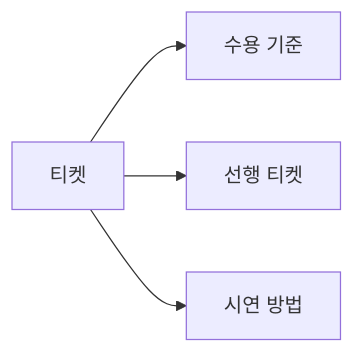
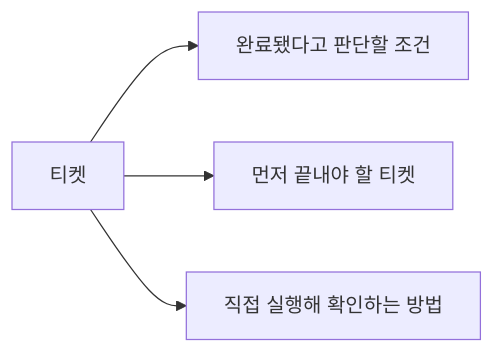
The tenth of 16 diagrams in README.md (jhs512/matt-user-guide), drawn with Mermaid before and after one commit. The commit also changed other lines of this file and 1 other file, not shown here.

````diff
--- a/README.md
+++ b/README.md
@@ -728,6 +736,6 @@
 ```mermaid
 flowchart LR
-    ticket["티켓"] --> criteria["수용 기준"]
-    ticket --> blockers["선행 티켓"]
-    ticket --> demo["시연 방법"]
+    ticket["티켓"] --> criteria["완료됐다고 판단할 조건"]
+    ticket --> blockers["먼저 끝내야 할 티켓"]
+    ticket --> demo["직접 실행해 확인하는 방법"]
 ```
````
